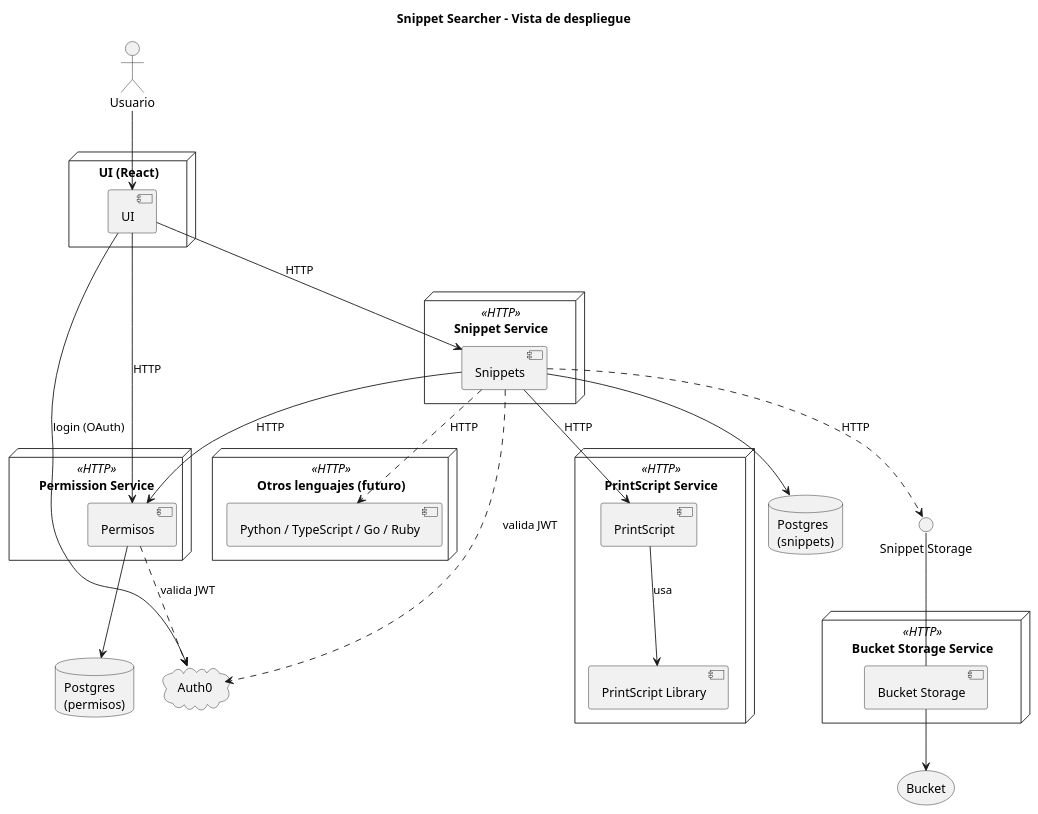
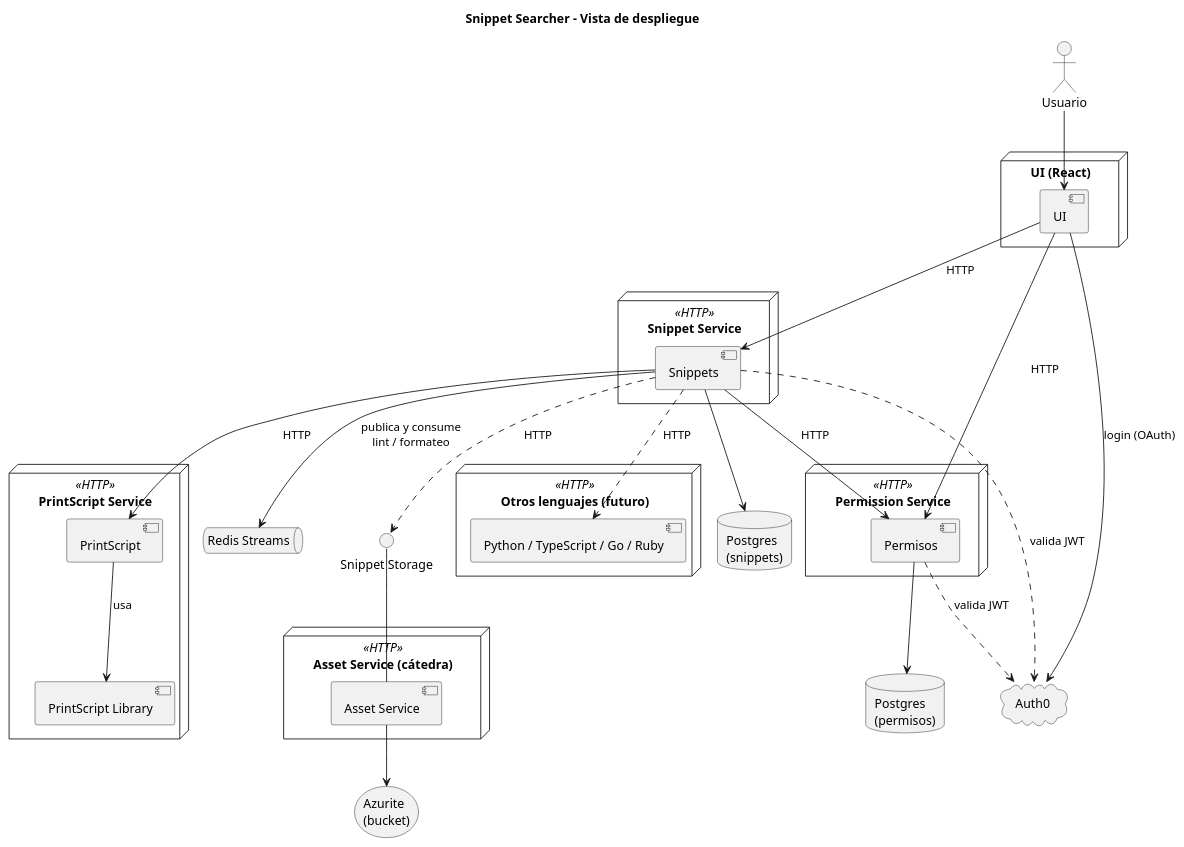
One commit to MartinaCousido/SnippetSearcher changed the diagram in docs/diagramas/componentes-despliegue.puml. Above: the diagram before and after it, drawn with PlantUML. The commit also changed 2 other files, not shown here.

Commit message:
docs: registra storage, cola de mensajes y servicio de PrintScript
Pasan a Definido el Snippet Storage (Asset Service de la cátedra sobre
Azurite) y la cola de mensajes (Redis Streams, con la topología de
#22). El servicio de PrintScript queda pendiente: en qué repo vive se
consulta con la cátedra. Se corrigen los textos que decían que los
lenguajes consumían la cola y que el lint era inmediato, y el diagrama
de despliegue suma Redis, el Asset Service y Azurite.

Refs: #14, #24

```diff
--- a/docs/diagramas/componentes-despliegue.puml
+++ b/docs/diagramas/componentes-despliegue.puml
@@ -1,64 +1,67 @@
 @startuml componentes-despliegue
 ' Vista de despliegue: cada módulo corre como un servicio independiente
 ' que expone una API HTTP, con su propia base de datos cuando la necesita.
 ' El código de los snippets se guarda en un bucket, no en Postgres.
 ' Solo Snippets usa el Snippet Storage: a los lenguajes les manda el código.
 
 title Snippet Searcher - Vista de despliegue
 skinparam componentStyle uml2
 
 actor Usuario
 
 cloud "Auth0" as Auth0
 
 node "UI (React)" as UINode {
   component UI
 }
 
 node "Permission Service" <<HTTP>> {
   component Permisos
 }
 database "Postgres\n(permisos)" as PermDB
 
 node "Snippet Service" <<HTTP>> {
   component Snippets
 }
 database "Postgres\n(snippets)" as SnipDB
 
 node "PrintScript Service" <<HTTP>> as PSNode {
   component PrintScript
   component "PrintScript Library" as PSLib
 }
 
 node "Otros lenguajes (futuro)" <<HTTP>> as OtrosNode {
   component "Python / TypeScript / Go / Ruby" as Otros
 }
 
 interface "Snippet Storage" as Storage
-node "Bucket Storage Service" <<HTTP>> {
-  component "Bucket Storage" as BucketSvc
+node "Asset Service (cátedra)" <<HTTP>> {
+  component "Asset Service" as BucketSvc
 }
-storage "Bucket" as Bucket
+storage "Azurite\n(bucket)" as Bucket
+
+queue "Redis Streams" as Redis
 
 Usuario --> UI
 UI --> Auth0 : login (OAuth)
 UI --> Snippets : HTTP
 UI --> Permisos : HTTP
 
 Snippets --> Permisos : HTTP
 Snippets --> PrintScript : HTTP
 Snippets ..> Otros : HTTP
 Snippets --> SnipDB
 Permisos --> PermDB
 
 PrintScript --> PSLib : usa
 
 Snippets ..> Storage : HTTP
+Snippets --> Redis : publica y consume\nlint / formateo
 
 BucketSvc -up- Storage
 BucketSvc --> Bucket
 
 Snippets ..> Auth0 : valida JWT
 Permisos ..> Auth0 : valida JWT
 
 @enduml
```
